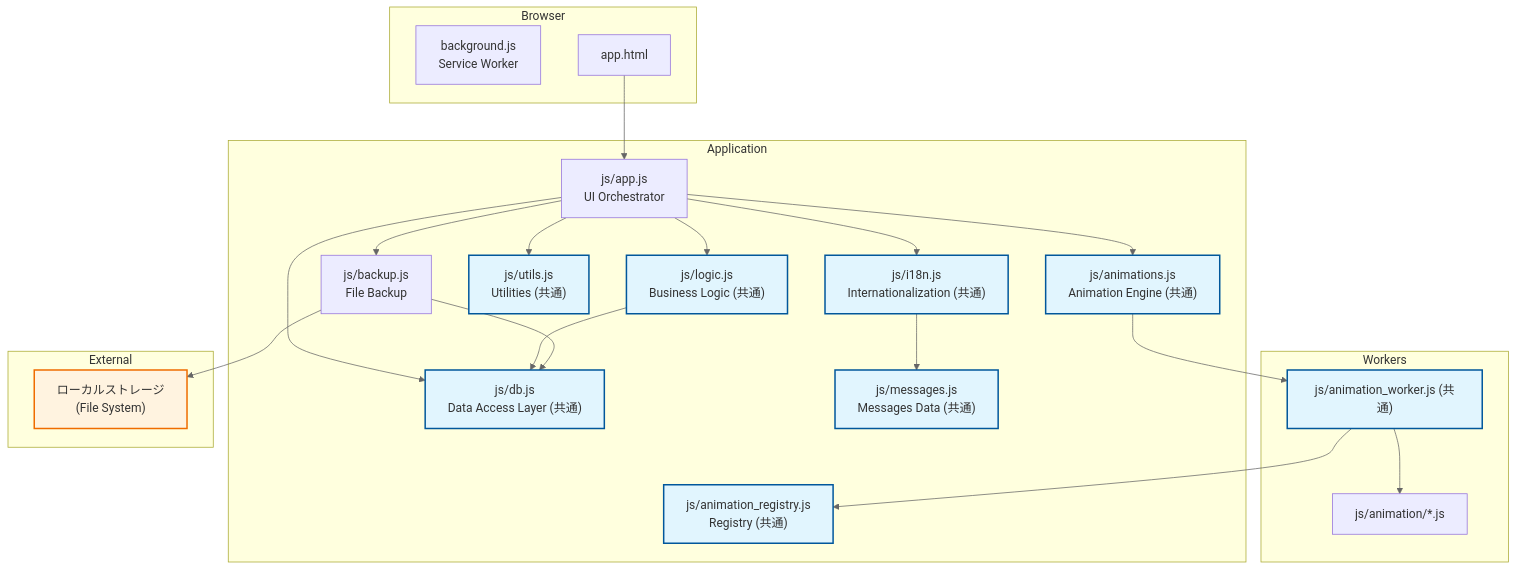
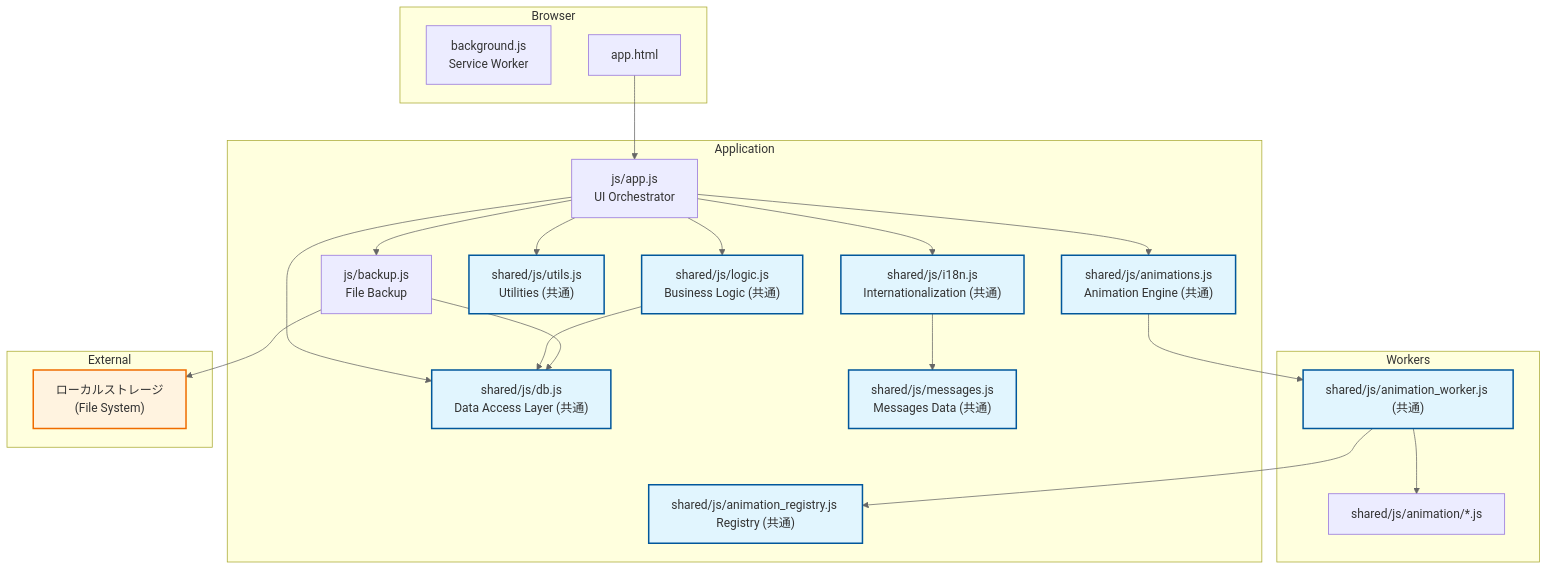
Before and after one commit to masanori-satake/QuickLog-Solo: the first of 14 diagrams in docs/README_DEV.md, drawn with Mermaid. The commit also changed other lines of this file and 14 other files, not shown here.

````diff
--- a/docs/README_DEV.md
+++ b/docs/README_DEV.md
@@ -25,49 +25,49 @@
 ```mermaid
 graph TD
     classDef common fill:#e1f5fe,stroke:#01579b,stroke-width:2px;
     classDef storage fill:#fff3e0,stroke:#ef6c00,stroke-width:2px;
 
     subgraph Browser
         SW[background.js <br/>Service Worker]
         App[app.html]
     end
 
     subgraph Application
         AppJS[js/app.js <br/>UI Orchestrator]
-        Logic["js/logic.js <br/>Business Logic (共通)"]:::common
-        DB["js/db.js <br/>Data Access Layer (共通)"]:::common
+        Logic["shared/js/logic.js <br/>Business Logic (共通)"]:::common
+        DB["shared/js/db.js <br/>Data Access Layer (共通)"]:::common
         Backup[js/backup.js <br/>File Backup]
-        Utils["js/utils.js <br/>Utilities (共通)"]:::common
-        I18n["js/i18n.js <br/>Internationalization (共通)"]:::common
-        Messages["js/messages.js <br/>Messages Data (共通)"]:::common
-        Anim["js/animations.js <br/>Animation Engine (共通)"]:::common
-        Registry["js/animation_registry.js <br/>Registry (共通)"]:::common
+        Utils["shared/js/utils.js <br/>Utilities (共通)"]:::common
+        I18n["shared/js/i18n.js <br/>Internationalization (共通)"]:::common
+        Messages["shared/js/messages.js <br/>Messages Data (共通)"]:::common
+        Anim["shared/js/animations.js <br/>Animation Engine (共通)"]:::common
+        Registry["shared/js/animation_registry.js <br/>Registry (共通)"]:::common
     end
 
     subgraph Workers
-        AnimWorker["js/animation_worker.js (共通)"]:::common
-        AnimModules[js/animation/*.js]
+        AnimWorker["shared/js/animation_worker.js (共通)"]:::common
+        AnimModules[shared/js/animation/*.js]
     end
 
     App --> AppJS
     AppJS --> Logic
     AppJS --> DB
     AppJS --> Utils
     AppJS --> I18n
     AppJS --> Anim
     AppJS --> Backup
     Logic --> DB
     Backup --> DB
 
     subgraph External
         LS["ローカルストレージ <br/>(File System)"]:::storage
     end
 
     Backup --> LS
     Anim --> AnimWorker
     AnimWorker --> Registry
     AnimWorker --> AnimModules
     I18n --> Messages
 
     linkStyle default stroke:#666,stroke-width:1px;
 ```
````
